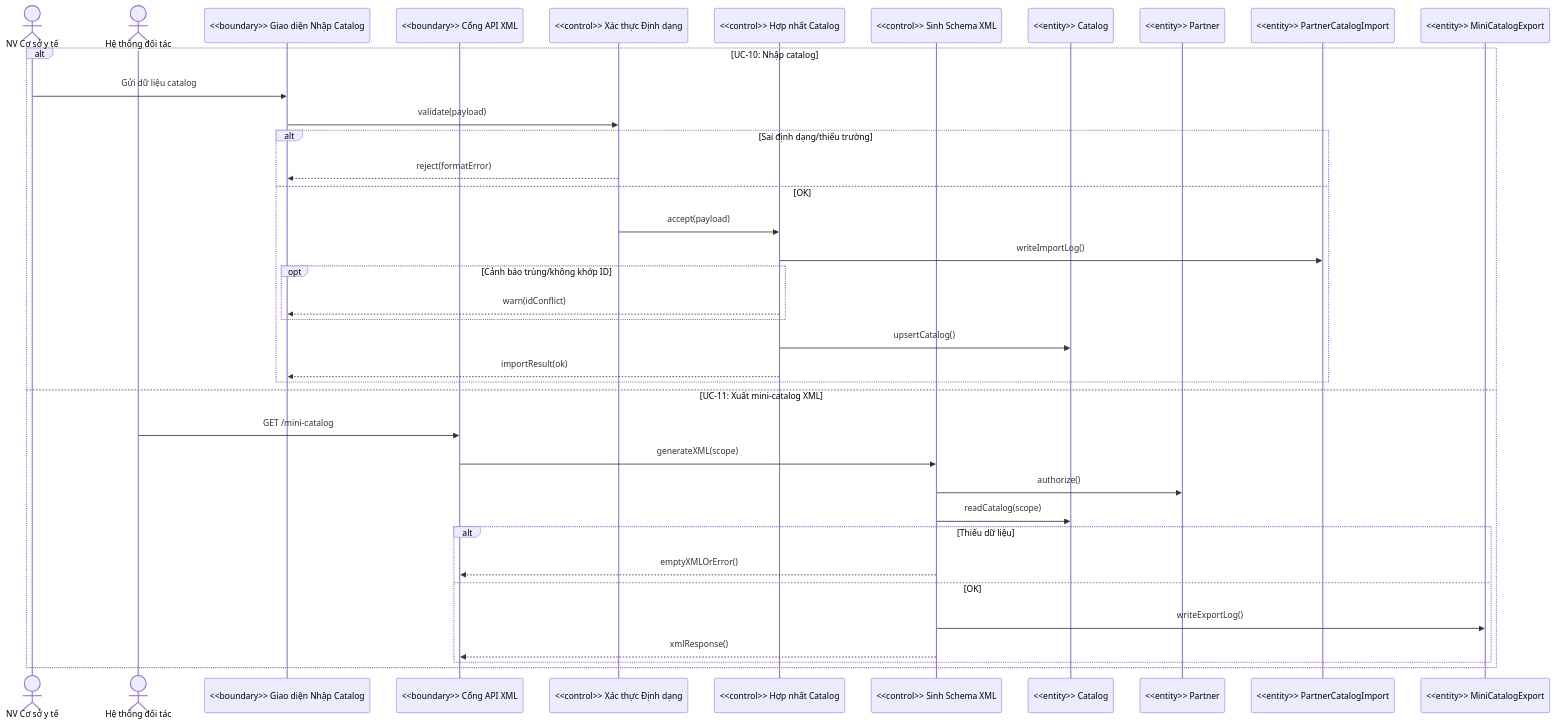
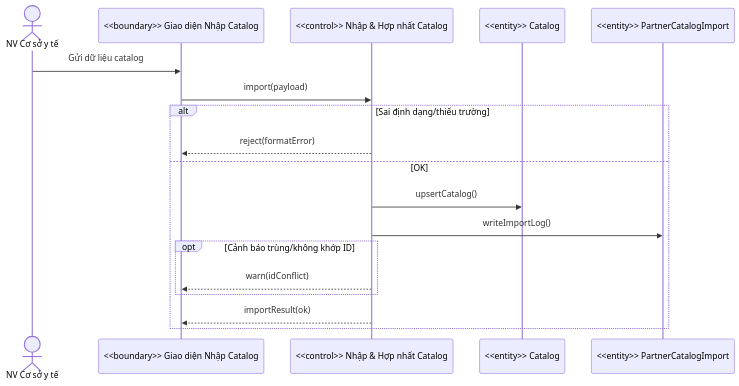
Diagram 14 of 16 in README.md (qhun22/qq), drawn with Mermaid before and after one commit. The commit also changed other lines of this file, not shown here.

````diff
--- a/README.md
+++ b/README.md
@@ -442,42 +474,21 @@
 ```mermaid
 sequenceDiagram
   actor PRO as NV Cơ sở y tế
-  actor PRT as Hệ thống đối tác
   participant IMP_UI as <<boundary>> Giao diện Nhập Catalog
-  participant EXP_API as <<boundary>> Cổng API XML
-  participant VAL as <<control>> Xác thực Định dạng
-  participant MERGE as <<control>> Hợp nhất Catalog
-  participant GEN as <<control>> Sinh Schema XML
+  participant IMP as <<control>> Nhập & Hợp nhất Catalog
   participant CAT as <<entity>> Catalog
-  participant PARTNER as <<entity>> Partner
   participant IMP_LOG as <<entity>> PartnerCatalogImport
-  participant EXP_LOG as <<entity>> MiniCatalogExport
 
-  alt UC-10: Nhập catalog
-    PRO->>IMP_UI: Gửi dữ liệu catalog
-    IMP_UI->>VAL: validate(payload)
-    alt Sai định dạng/thiếu trường
-      VAL-->>IMP_UI: reject(formatError)
-    else OK
-      VAL->>MERGE: accept(payload)
-      MERGE->>IMP_LOG: writeImportLog()
-      opt Cảnh báo trùng/không khớp ID
-        MERGE-->>IMP_UI: warn(idConflict)
-      end
-      MERGE->>CAT: upsertCatalog()
-      MERGE-->>IMP_UI: importResult(ok)
+  PRO->>IMP_UI: Gửi dữ liệu catalog
+  IMP_UI->>IMP: import(payload)
+  alt Sai định dạng/thiếu trường
+    IMP-->>IMP_UI: reject(formatError)
+  else OK
+    IMP->>CAT: upsertCatalog()
+    IMP->>IMP_LOG: writeImportLog()
+    opt Cảnh báo trùng/không khớp ID
+      IMP-->>IMP_UI: warn(idConflict)
     end
-
-  else UC-11: Xuất mini-catalog XML
-    PRT->>EXP_API: GET /mini-catalog
-    EXP_API->>GEN: generateXML(scope)
-    GEN->>PARTNER: authorize()
-    GEN->>CAT: readCatalog(scope)
-    alt Thiếu dữ liệu
-      GEN-->>EXP_API: emptyXMLOrError()
-    else OK
-      GEN->>EXP_LOG: writeExportLog()
-      GEN-->>EXP_API: xmlResponse()
-    end
+    IMP-->>IMP_UI: importResult(ok)
   end
 ```
````
